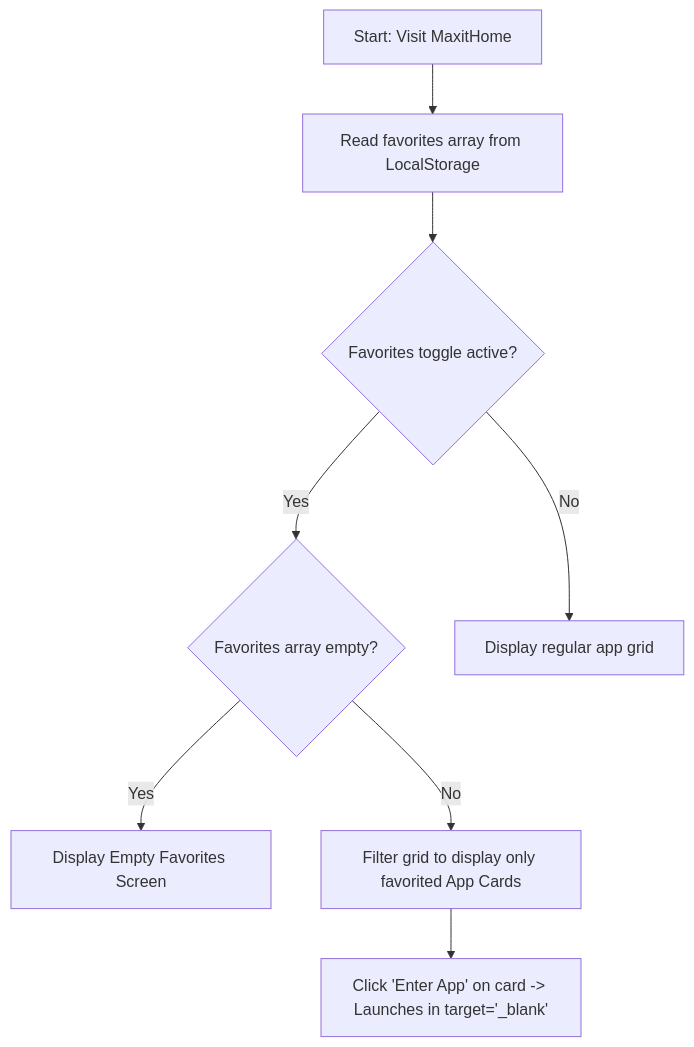
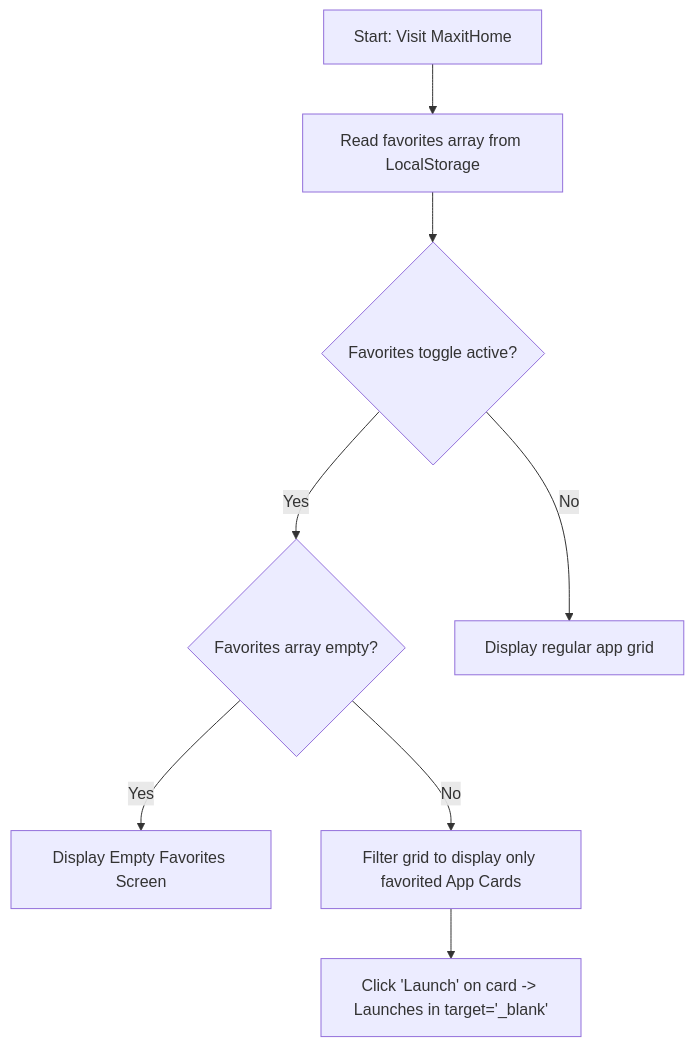
One commit to victorunique/maxithome changed the third of 3 diagrams in docs/User-Flows.md. Above: the diagram before and after it, drawn with Mermaid. The commit also changed other lines of this file and 12 other files, not shown here.

Commit message:
update launch app text.

````diff
--- a/docs/User-Flows.md
+++ b/docs/User-Flows.md
@@ -116,10 +116,10 @@
 ```mermaid
 graph TD
     A[Start: Visit MaxitHome] --> B[Read favorites array from LocalStorage]
     B --> C{Favorites toggle active?}
     C -->|Yes| D{Favorites array empty?}
     C -->|No| E[Display regular app grid]
     D -->|Yes| F[Display Empty Favorites Screen]
     D -->|No| G[Filter grid to display only favorited App Cards]
-    G --> H[Click 'Enter App' on card -> Launches in target='_blank']
+    G --> H[Click 'Launch' on card -> Launches in target='_blank']
 ```
````
